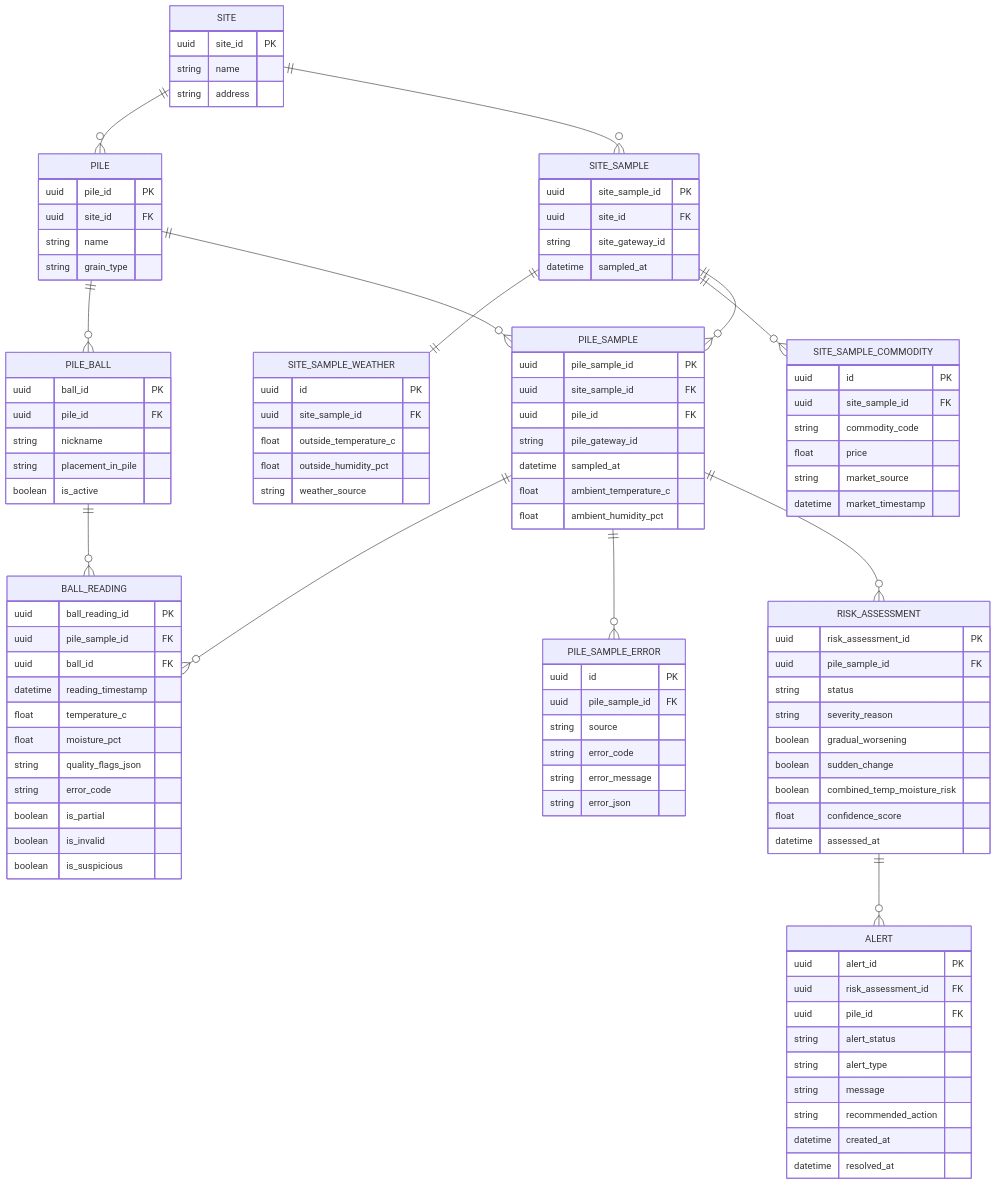
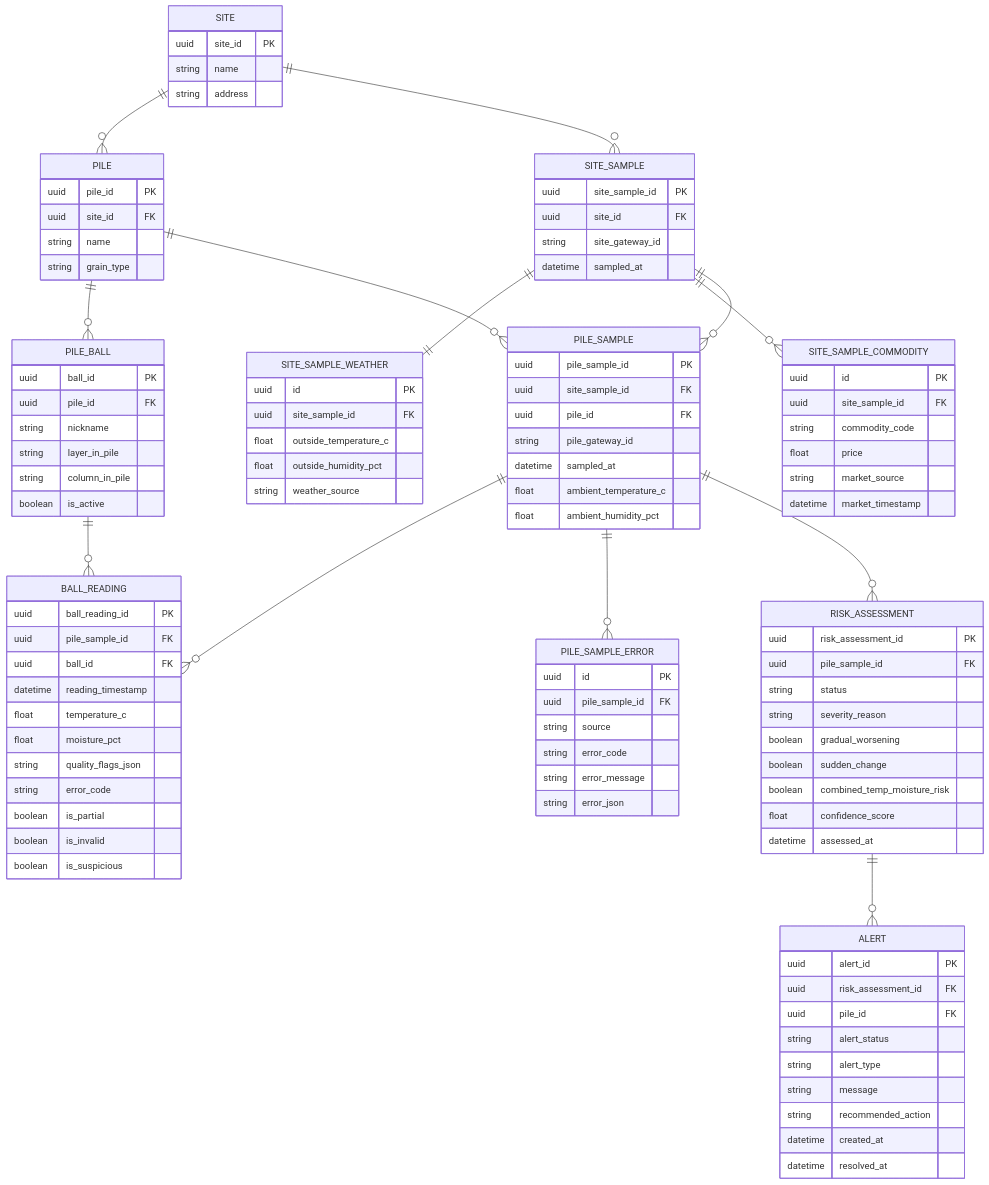
Before and after one commit to AviadKorakin/Take-Home-Assignment-AgriQ: the second of 2 diagrams in Task1.md, drawn with Mermaid. The commit also changed other lines of this file, not shown here.

```diff
--- a/Task1.md
+++ b/Task1.md
@@ -232,7 +244,8 @@
         uuid ball_id PK
         uuid pile_id FK
         string nickname
-        string placement_in_pile
+        string layer_in_pile
+        string column_in_pile
         boolean is_active
     }
 
```
